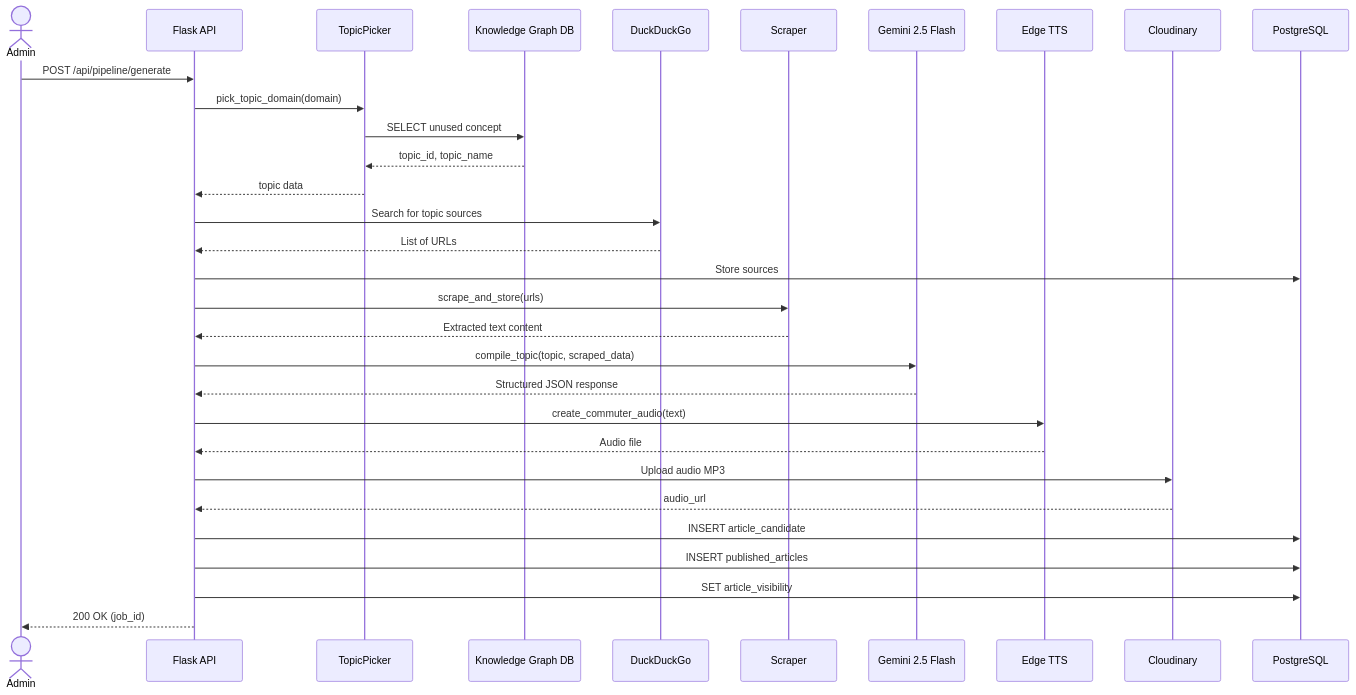
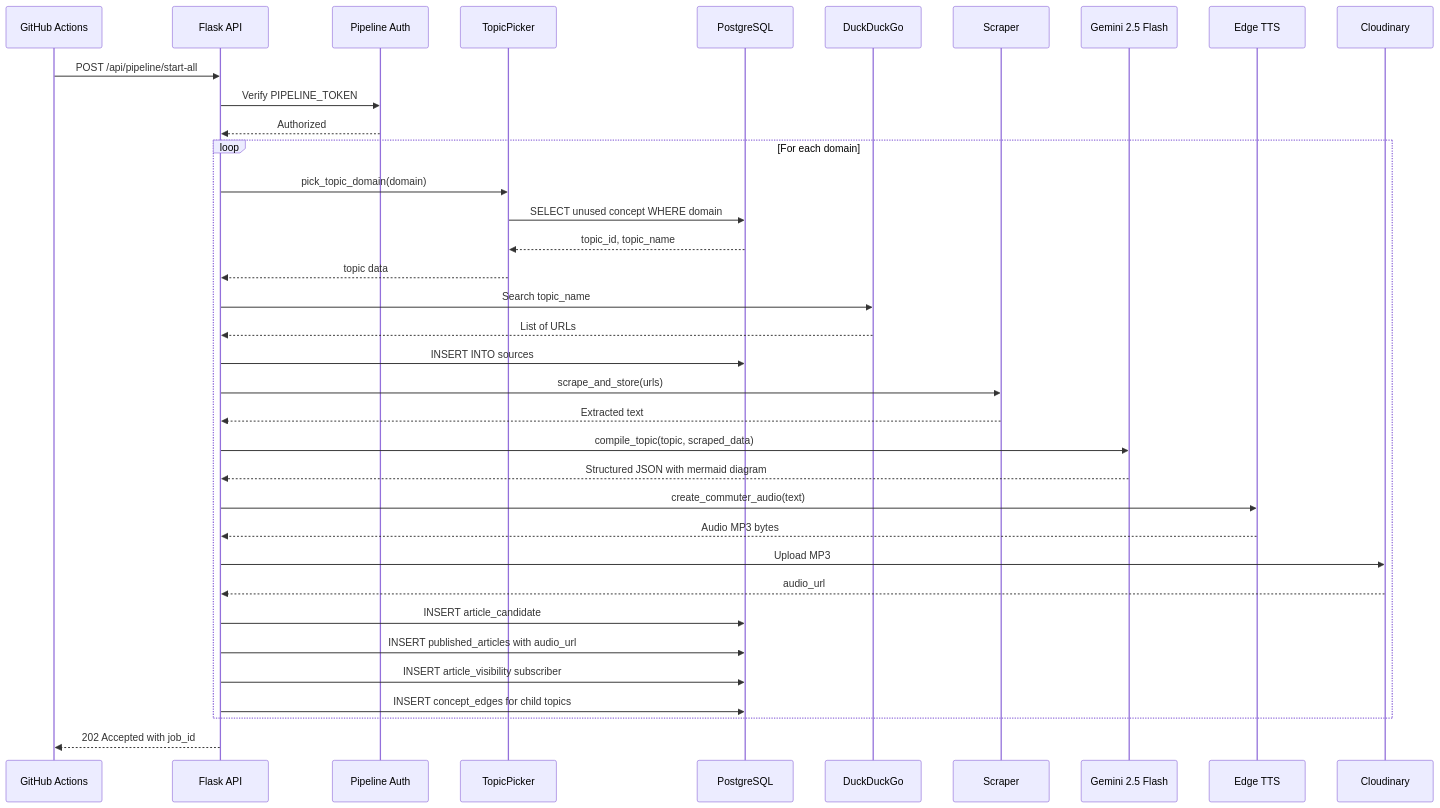
Before and after one commit to pradnyeshbhalekar/looplearn-fe: the eighth of 11 diagrams in frontend_blackbook.md, drawn with Mermaid. The commit also changed other lines of this file, not shown here.

````diff
--- a/frontend_blackbook.md
+++ b/frontend_blackbook.md
@@ -441,40 +511,46 @@
 ```mermaid
 sequenceDiagram
-    actor Admin
+    participant GH as GitHub Actions
     participant API as Flask API
+    participant Auth as Pipeline Auth
     participant TP as TopicPicker
-    participant Graph as Knowledge Graph DB
+    participant DB as PostgreSQL
     participant DDG as DuckDuckGo
     participant Scraper as Scraper
     participant Gemini as Gemini 2.5 Flash
     participant TTS as Edge TTS
     participant Cloud as Cloudinary
-    participant DB as PostgreSQL
 
-    Admin->>API: POST /api/pipeline/generate
-    API->>TP: pick_topic_domain(domain)
-    TP->>Graph: SELECT unused concept
-    Graph-->>TP: topic_id, topic_name
-    TP-->>API: topic data
+    GH->>API: POST /api/pipeline/start-all
+    API->>Auth: Verify PIPELINE_TOKEN
+    Auth-->>API: Authorized
 
-    API->>DDG: Search for topic sources
-    DDG-->>API: List of URLs
-    API->>DB: Store sources
+    loop For each domain
+        API->>TP: pick_topic_domain(domain)
+        TP->>DB: SELECT unused concept WHERE domain
+        DB-->>TP: topic_id, topic_name
+        TP-->>API: topic data
 
-    API->>Scraper: scrape_and_store(urls)
-    Scraper-->>API: Extracted text content
+        API->>DDG: Search topic_name
+        DDG-->>API: List of URLs
+        API->>DB: INSERT INTO sources
 
-    API->>Gemini: compile_topic(topic, scraped_data)
-    Gemini-->>API: Structured JSON response
+        API->>Scraper: scrape_and_store(urls)
+        Scraper-->>API: Extracted text
 
-    API->>TTS: create_commuter_audio(text)
-    TTS-->>API: Audio file
-    API->>Cloud: Upload audio MP3
-    Cloud-->>API: audio_url
+        API->>Gemini: compile_topic(topic, scraped_data)
+        Gemini-->>API: Structured JSON with mermaid diagram
 
-    API->>DB: INSERT article_candidate
-    API->>DB: INSERT published_articles
-    API->>DB: SET article_visibility
+        API->>TTS: create_commuter_audio(text)
+        TTS-->>API: Audio MP3 bytes
+        API->>Cloud: Upload MP3
+        Cloud-->>API: audio_url
 
-    API-->>Admin: 200 OK (job_id)
+        API->>DB: INSERT article_candidate
+        API->>DB: INSERT published_articles with audio_url
+        API->>DB: INSERT article_visibility subscriber
+        API->>DB: INSERT concept_edges for child topics
+    end
+
+    API-->>GH: 202 Accepted with job_id
 ```
````
